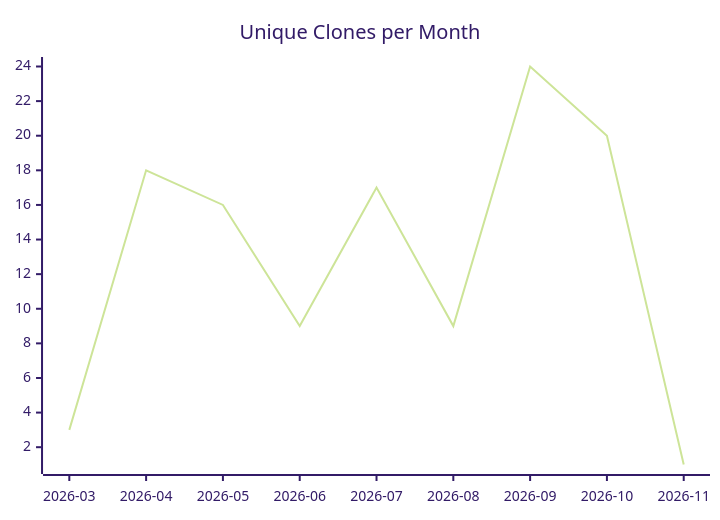
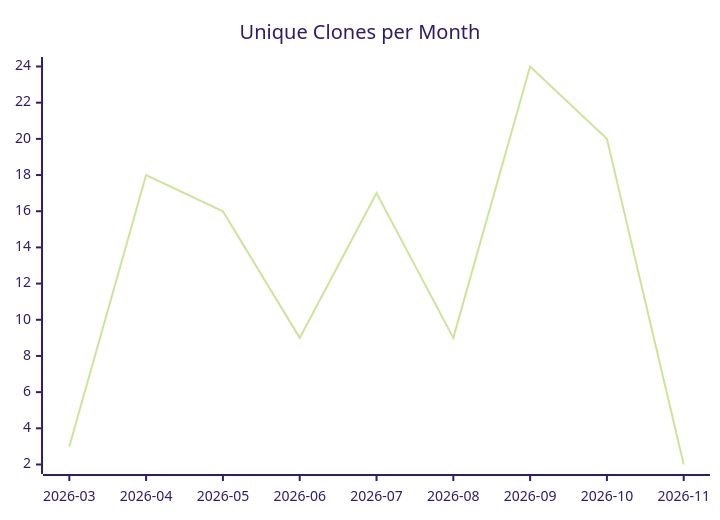
Before and after one commit to justdavis-family/github-analytics-data: the third of 3 diagrams in karlmdavis/jessentials/README.md, drawn with Mermaid (forest theme). The commit also changed other lines of this file and 190 other files, not shown here.

````diff
--- a/karlmdavis/jessentials/README.md
+++ b/karlmdavis/jessentials/README.md
@@ -19,6 +19,6 @@
 ```mermaid
 xychart-beta
   title "Unique Clones per Month"
   x-axis ["2026-03", "2026-04", "2026-05", "2026-06", "2026-07", "2026-08", "2026-09", "2026-10", "2026-11"]
-  line [3, 18, 16, 9, 17, 9, 24, 20, 1]
+  line [3, 18, 16, 9, 17, 9, 24, 20, 2]
 ```
````
